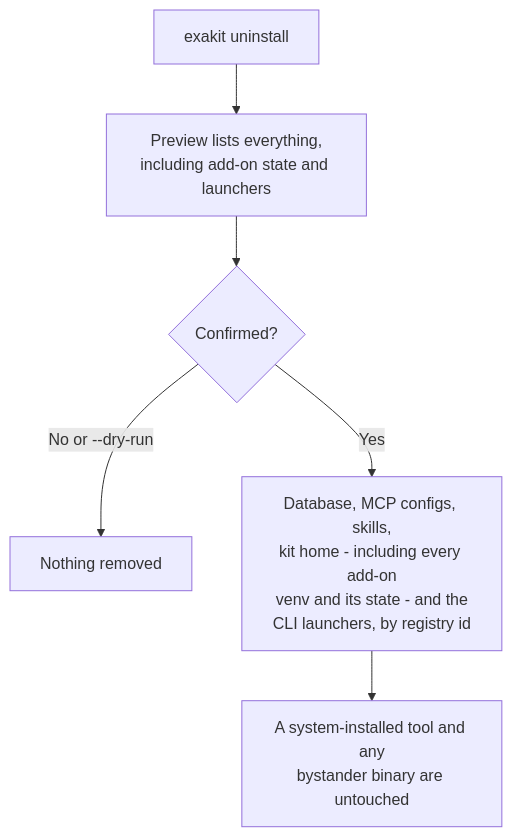
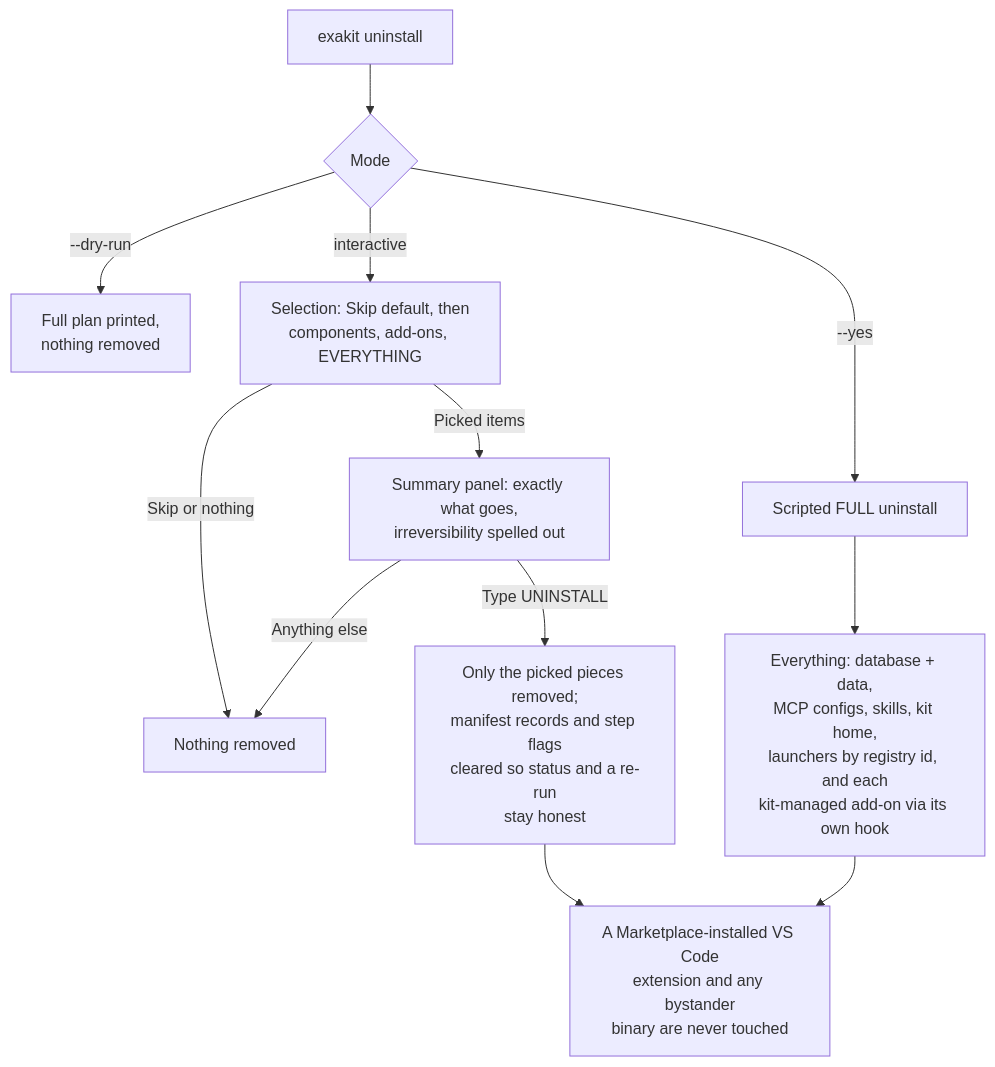
Before and after one commit to Sheetaldharshan200/update-path: the seventh of 7 diagrams in MARKETPLACE-FLOWS.md, drawn with Mermaid. The commit also changed other lines of this file and 14 other files, not shown here.

````diff
--- a/MARKETPLACE-FLOWS.md
+++ b/MARKETPLACE-FLOWS.md
@@ -232,8 +237,14 @@
 ```mermaid
 flowchart TD
-    A[exakit uninstall] --> B[Preview lists everything,<br>including add-on state and launchers]
-    B --> C{Confirmed?}
-    C -->|No or --dry-run| D[Nothing removed]
-    C -->|Yes| E[Database, MCP configs, skills,<br>kit home - including every add-on<br>venv and its state - and the<br>CLI launchers, by registry id]
-    E --> F[A system-installed tool and any<br>bystander binary are untouched]
+    A[exakit uninstall] --> B{Mode}
+    B -->|--dry-run| C[Full plan printed,<br>nothing removed]
+    B -->|--yes| D[Scripted FULL uninstall]
+    B -->|interactive| E[Selection: Skip default, then<br>components, add-ons, EVERYTHING]
+    E -->|Skip or nothing| F[Nothing removed]
+    E -->|Picked items| G[Summary panel: exactly what goes,<br>irreversibility spelled out]
+    G -->|Type UNINSTALL| H[Only the picked pieces removed;<br>manifest records and step flags<br>cleared so status and a re-run<br>stay honest]
+    G -->|Anything else| F
+    D --> I[Everything: database + data,<br>MCP configs, skills, kit home,<br>launchers by registry id, and each<br>kit-managed add-on via its own hook]
+    H --> J[A Marketplace-installed VS Code<br>extension and any bystander<br>binary are never touched]
+    I --> J
 ```
````
